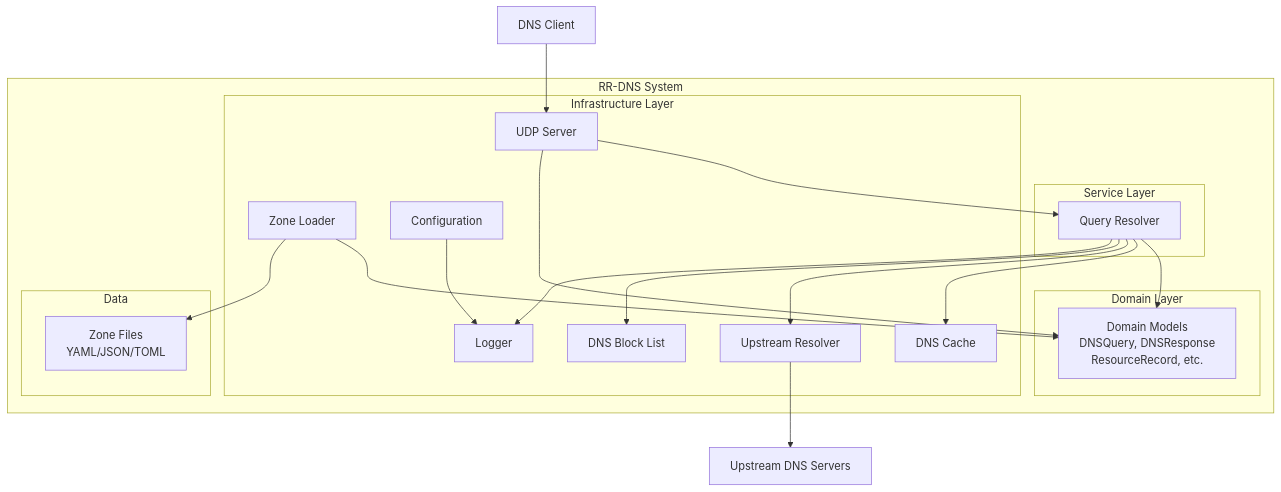
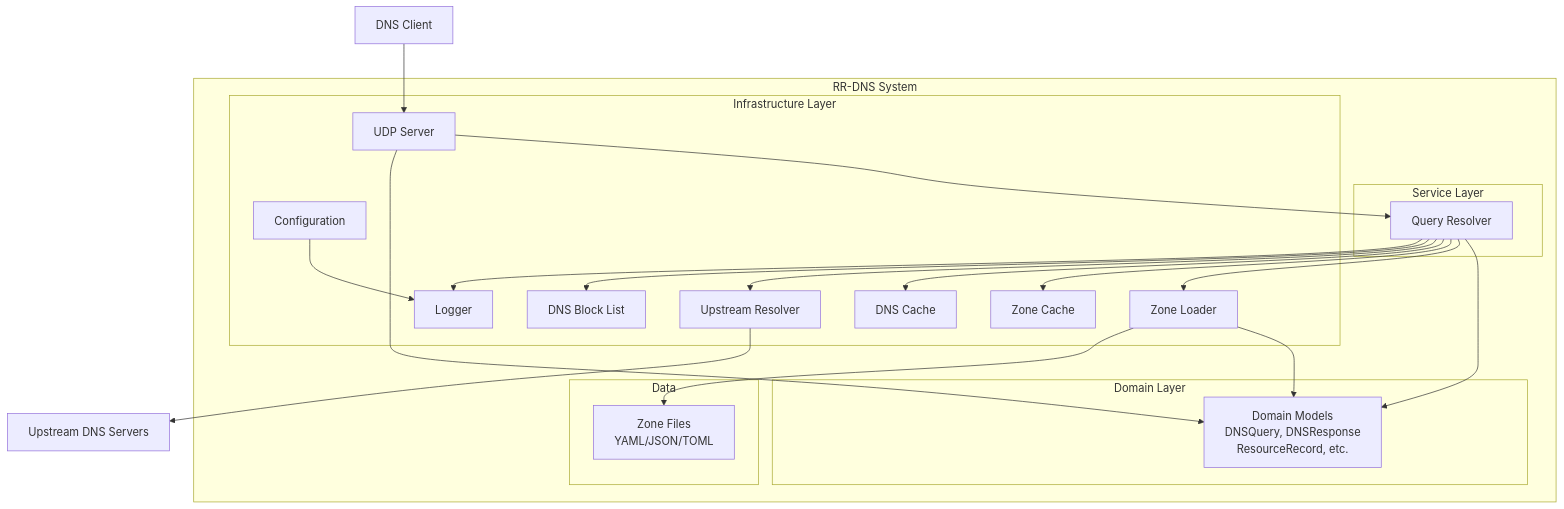
One commit to haukened/rr-dns changed the fourth of 9 diagrams in docs/arc42.md. Above: the diagram before and after it, drawn with Mermaid. The commit also changed other lines of this file, not shown here.

Commit message:
feat: add ZoneCache to architecture diagram in arc42 documentation

````diff
--- a/docs/arc42.md
+++ b/docs/arc42.md
@@ -110,39 +110,42 @@
 ```mermaid
 graph TD
     subgraph "RR-DNS System"
         subgraph "Domain Layer"
             Domain[Domain Models<br/>DNSQuery, DNSResponse<br/>ResourceRecord, etc.]
         end
         
         subgraph "Service Layer"
             Resolver[Query Resolver]
         end
         
         subgraph "Infrastructure Layer"
             UDPServer[UDP Server]
             ZoneLoader[Zone Loader]
+            ZoneCache[Zone Cache]
             DNSCache[DNS Cache]
             UpstreamResolver[Upstream Resolver]
             BlockList[DNS Block List]
             Logger[Logger]
             Config[Configuration]
         end
         
         subgraph "Data"
             ZoneFiles[Zone Files<br/>YAML/JSON/TOML]
         end
     end
     
     Client[DNS Client] --> UDPServer
     UDPServer --> Resolver
     Resolver --> Domain
+    Resolver --> ZoneLoader
+    Resolver --> ZoneCache
     Resolver --> DNSCache
     Resolver --> UpstreamResolver
     Resolver --> BlockList
     Resolver --> Logger
     ZoneLoader --> Domain
     ZoneLoader --> ZoneFiles
     UpstreamResolver --> Internet[Upstream DNS Servers]
     Config --> Logger
     UDPServer --> Domain
 ```
````
